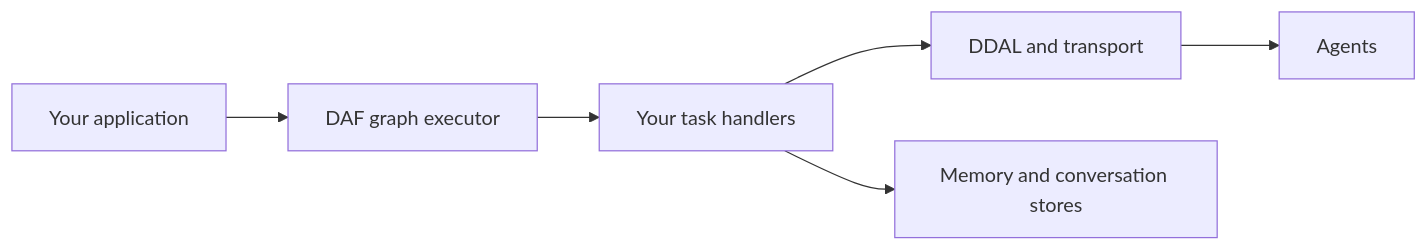
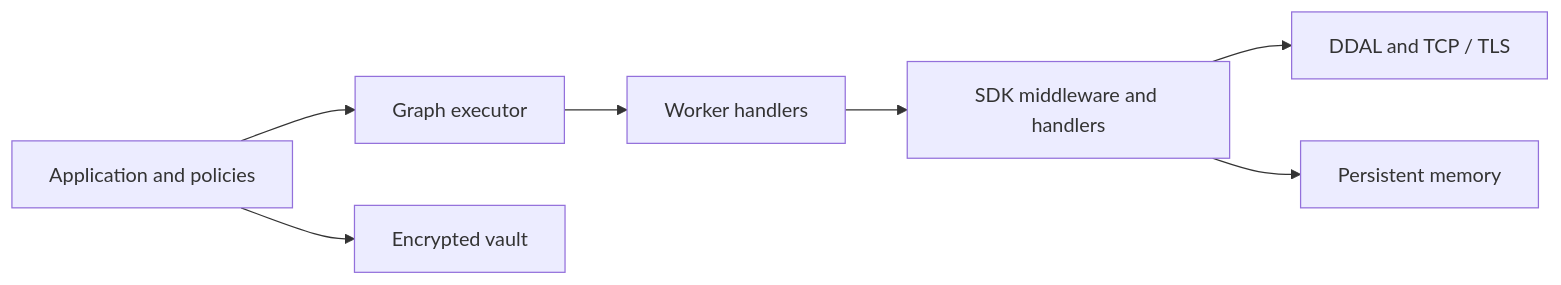
The diagram in README.md (darshjme/daf), drawn with Mermaid before and after one commit. The commit also changed other lines of this file and 140 other files, not shown here.

````diff
--- a/README.md
+++ b/README.md
@@ -27,8 +46,9 @@
 ```mermaid
 flowchart LR
-    App[Your application] --> Graph[DAF graph executor]
-    Graph --> Handler[Your task handlers]
-    Handler --> Link[DDAL and transport]
-    Link --> Agents[Agents]
-    Handler --> Memory[Memory and conversation stores]
+    Application[Application and policies] --> Graph[Graph executor]
+    Graph --> Orchestrator[Worker handlers]
+    Orchestrator --> SDK[SDK middleware and handlers]
+    SDK --> Transport[DDAL and TCP / TLS]
+    SDK --> Memory[Persistent memory]
+    Application --> Vault[Encrypted vault]
 ```
````
